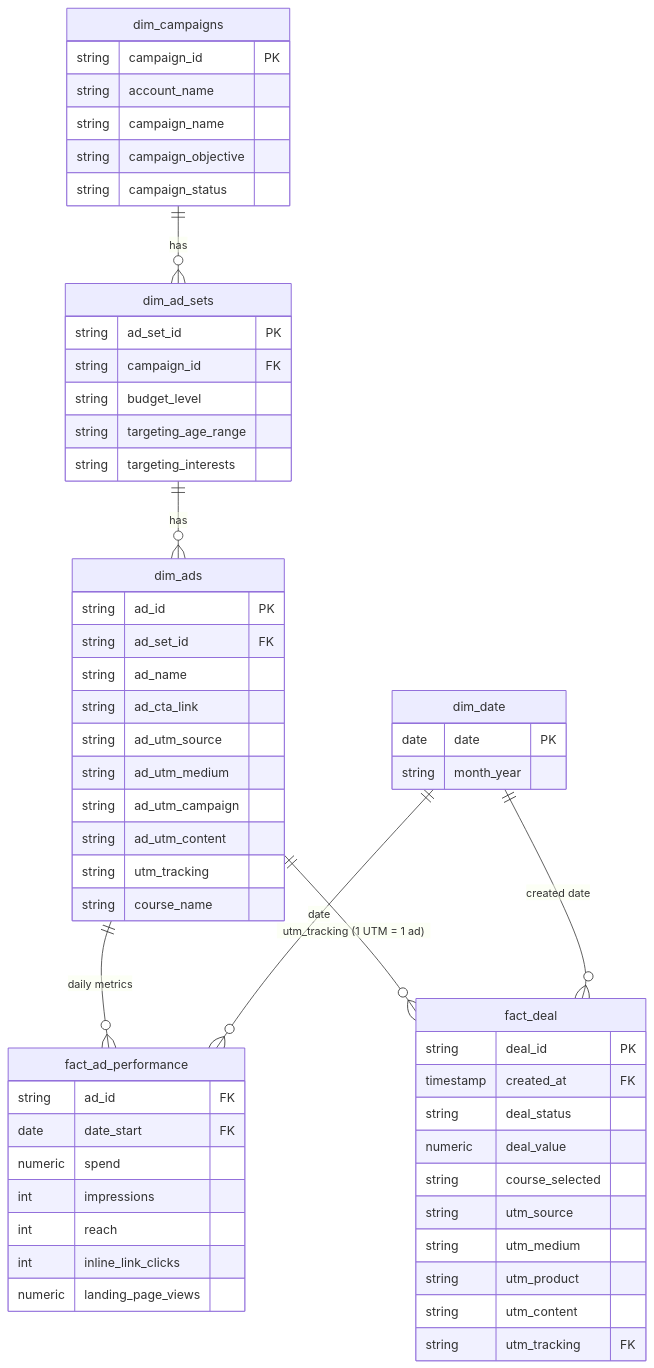
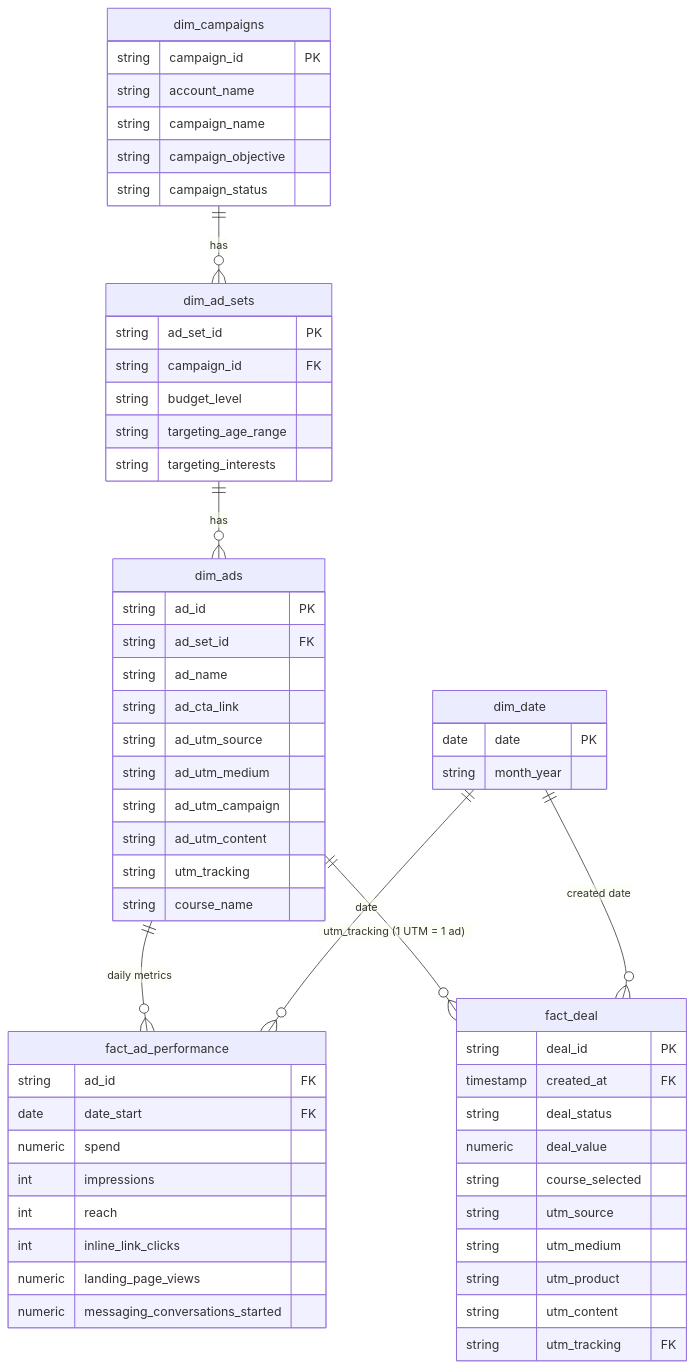
One commit to tuhoang3112/fb-ads-lead-attribution changed the second of 2 diagrams in README.md. Above: the diagram before and after it, drawn with Mermaid. The commit also changed other lines of this file and 4 other files, not shown here.

First line of the commit message:
Add messaging_conversations_started to fact_ad_performance to match the dashboard

````diff
--- a/README.md
+++ b/README.md
@@ -111,61 +111,62 @@
 ```mermaid
 erDiagram
   dim_campaigns ||--o{ dim_ad_sets : "has"
   dim_ad_sets ||--o{ dim_ads : "has"
   dim_ads ||--o{ fact_ad_performance : "daily metrics"
   dim_ads ||--o{ fact_deal : "utm_tracking (1 UTM = 1 ad)"
   dim_date ||--o{ fact_ad_performance : "date"
   dim_date ||--o{ fact_deal : "created date"
 
   dim_campaigns {
     string campaign_id PK
     string account_name
     string campaign_name
     string campaign_objective
     string campaign_status
   }
   dim_ad_sets {
     string ad_set_id PK
     string campaign_id FK
     string budget_level
     string targeting_age_range
     string targeting_interests
   }
   dim_ads {
     string ad_id PK
     string ad_set_id FK
     string ad_name
     string ad_cta_link
     string ad_utm_source
     string ad_utm_medium
     string ad_utm_campaign
     string ad_utm_content
     string utm_tracking
     string course_name
   }
   fact_ad_performance {
     string ad_id FK
     date date_start FK
     numeric spend
     int impressions
     int reach
     int inline_link_clicks
     numeric landing_page_views
+    numeric messaging_conversations_started
   }
   fact_deal {
     string deal_id PK
     timestamp created_at FK
     string deal_status
     numeric deal_value
     string course_selected
     string utm_source
     string utm_medium
     string utm_product
     string utm_content
     string utm_tracking FK
   }
   dim_date {
     date date PK
     string month_year
   }
 ```
````
